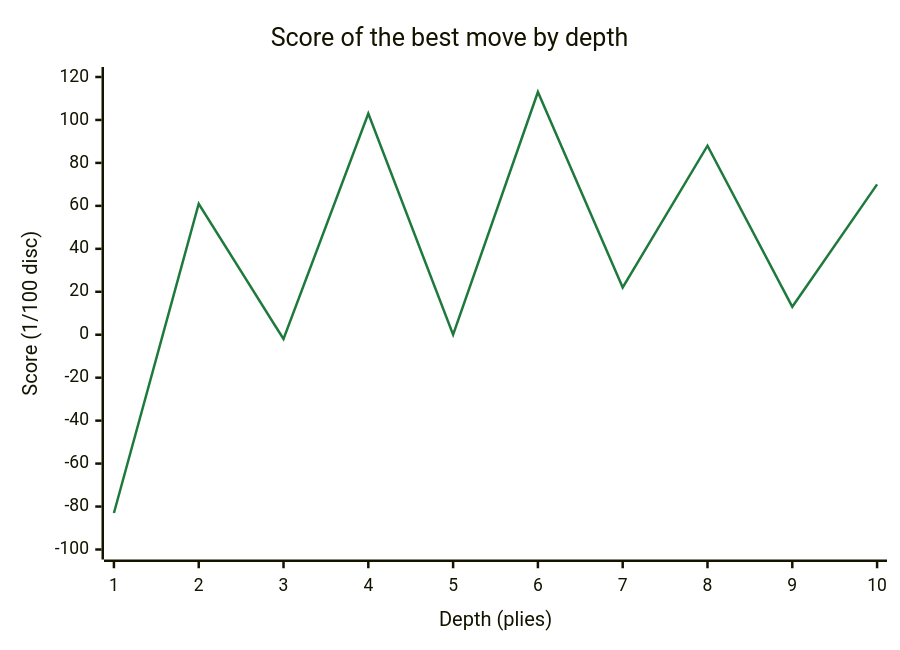
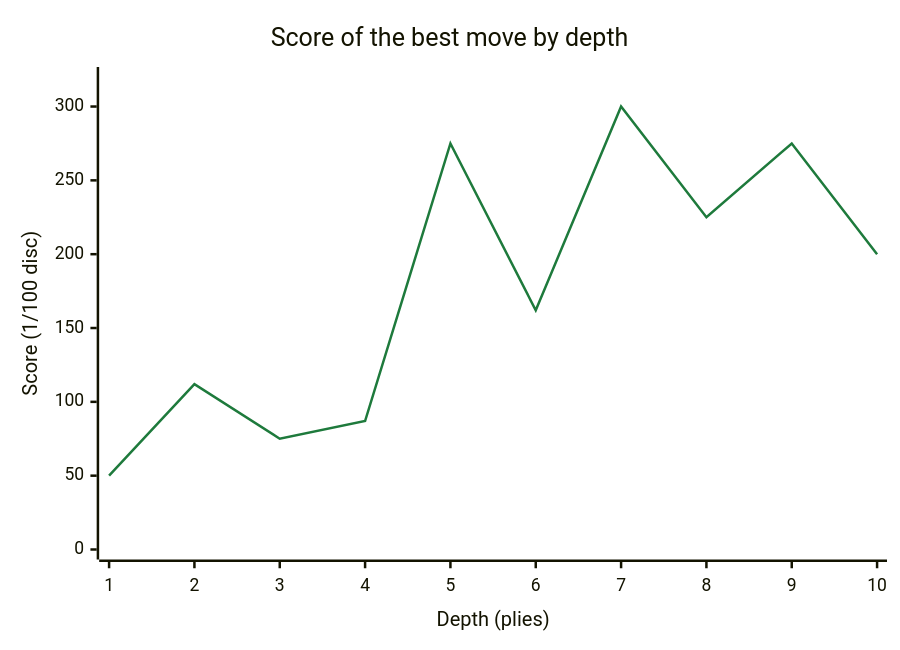
Before and after one commit to cjp-dev/Stello: the third of 3 diagrams in docs/brain/06-midgame-search.md, drawn with Mermaid. The commit also changed other lines of this file and 16 other files, not shown here.

````diff
--- a/docs/brain/06-midgame-search.md
+++ b/docs/brain/06-midgame-search.md
@@ -199,8 +195,8 @@
 ```mermaid
 %%{init: {"themeVariables": {"xyChart": {"plotColorPalette": "#1e7a3c"}}}}%%
 xychart-beta
     title "Score of the best move by depth"
     x-axis "Depth (plies)" [1, 2, 3, 4, 5, 6, 7, 8, 9, 10]
-    y-axis "Score (1/100 disc)" -100 --> 120
-    line [-83, 61, -2, 103, 0, 113, 22, 88, 13, 70]
+    y-axis "Score (1/100 disc)" 0 --> 320
+    line [50, 112, 75, 87, 275, 162, 300, 225, 275, 200]
 ```
````
